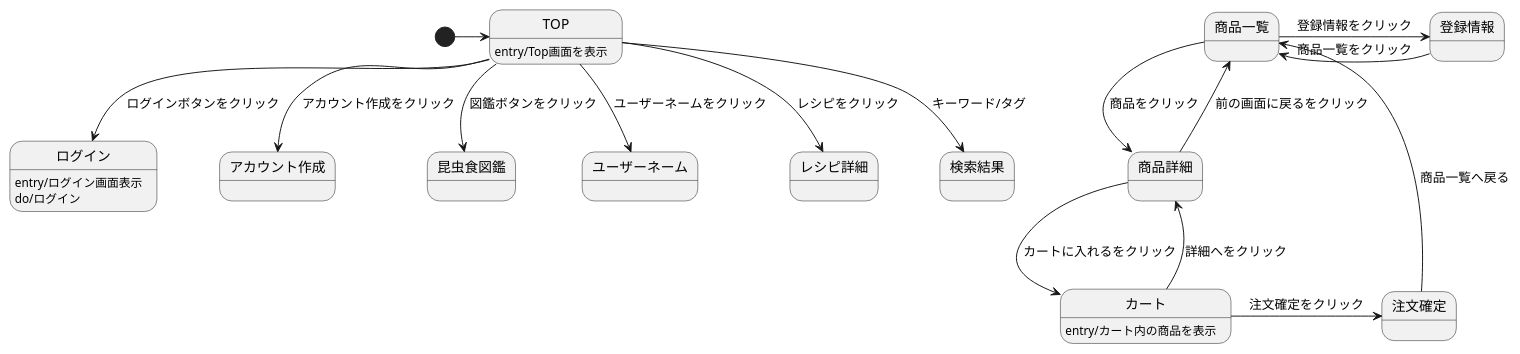
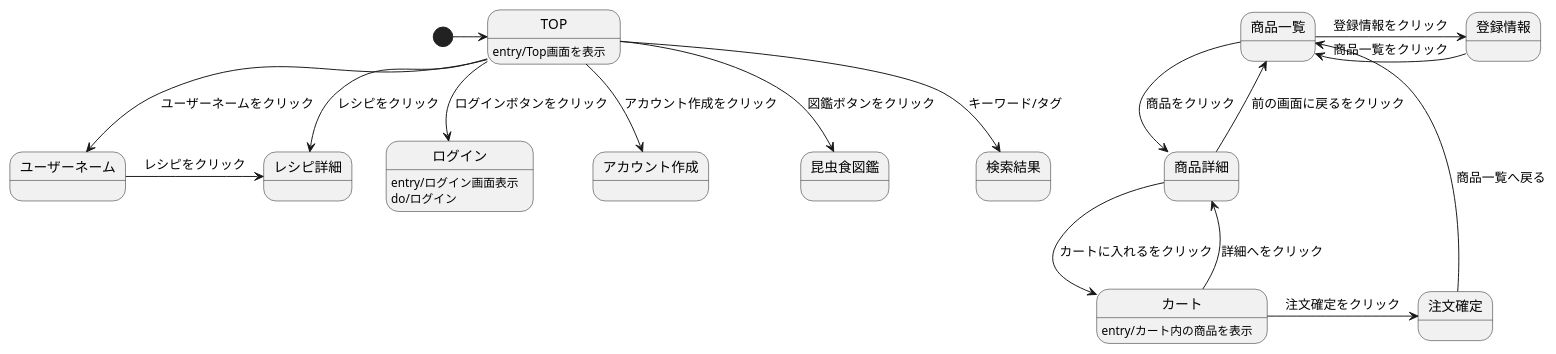
One commit to ASO2001040/bugbug-design changed the diagram in ScreenTransitionDiagram.md. Above: the diagram before and after it, drawn with PlantUML.

````diff
--- a/ScreenTransitionDiagram.md
+++ b/ScreenTransitionDiagram.md
@@ -1,24 +1,25 @@
 ```uml
 @startuml
 [*]->TOP
 
 TOP : entry/Top画面を表示
 TOP-->ログイン: ログインボタンをクリック
 TOP-->アカウント作成: アカウント作成をクリック
 TOP-->昆虫食図鑑: 図鑑ボタンをクリック
 TOP-->ユーザーネーム: ユーザーネームをクリック
 TOP-->レシピ詳細: レシピをクリック
 TOP-->検索結果: キーワード/タグ
+ユーザーネーム->レシピ詳細: レシピをクリック
 ログイン: entry/ログイン画面表示
 ログイン : do/ログイン
 カート: entry/カート内の商品を表示
 商品一覧->商品詳細: 商品をクリック
 商品詳細-->商品一覧: 前の画面に戻るをクリック
 商品一覧->登録情報: 登録情報をクリック
 登録情報->商品一覧: 商品一覧をクリック
 商品詳細-->カート: カートに入れるをクリック
 カート-->商品詳細: 詳細へをクリック
 カート->注文確定: 注文確定をクリック
 注文確定->商品一覧: 商品一覧へ戻る
 @enduml
 ```
````
